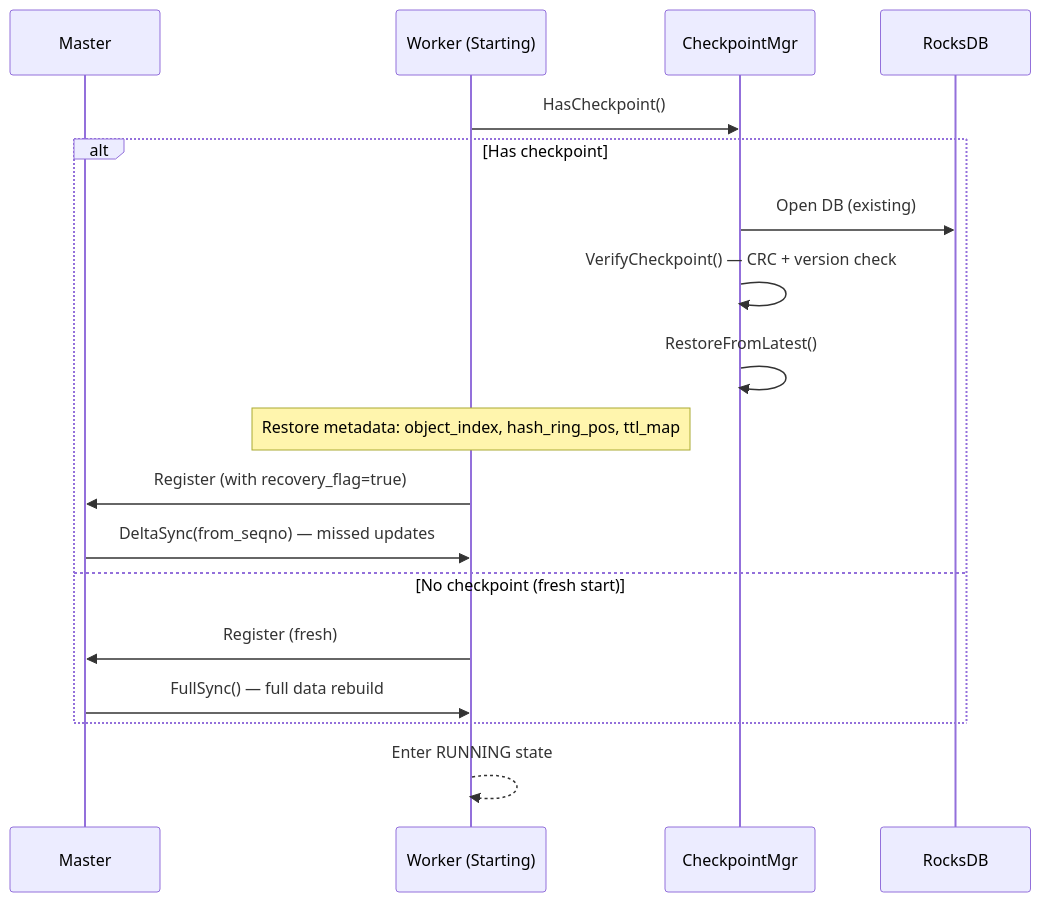
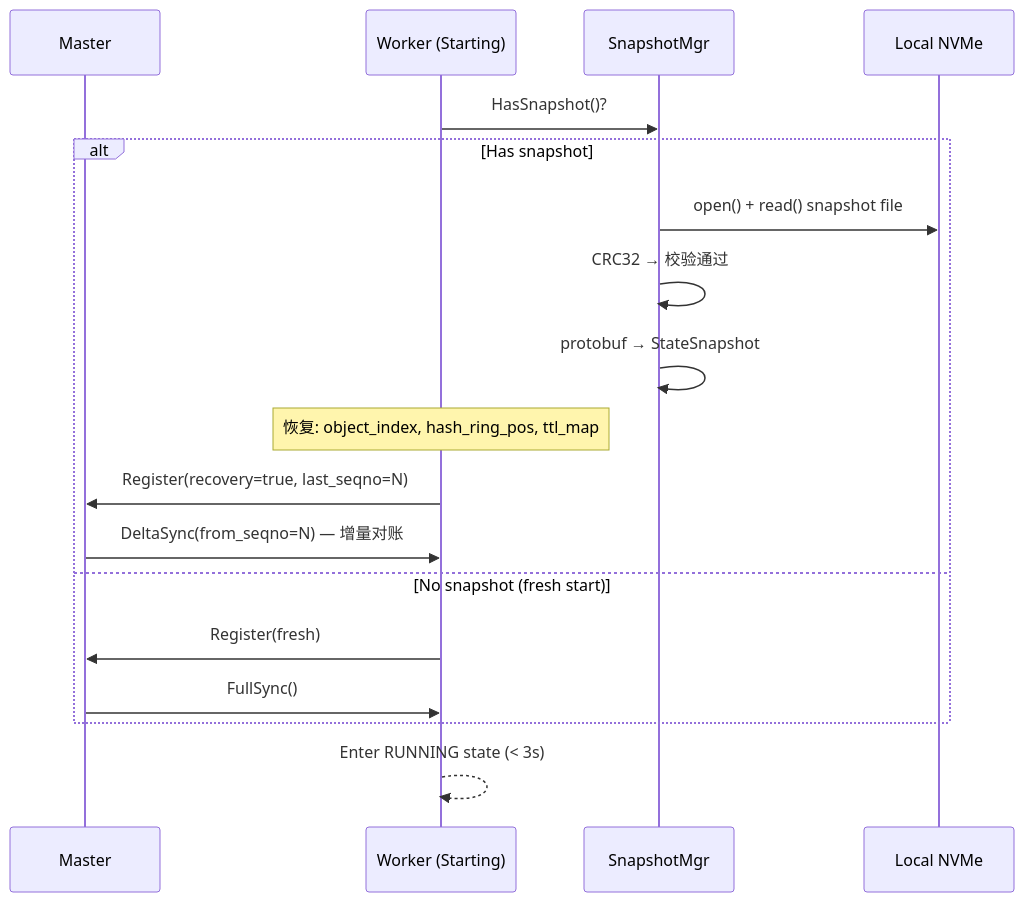
Before and after one commit to CheYulin/yuanrong-datasystem-agent-workbench: the third of 4 diagrams in rfc/2026-05-rolling-upgrade-inplace-recovery/design.md, drawn with Mermaid. The commit also changed other lines of this file, not shown here.

First line of the commit message:
refactor(RFC1): replace RocksDB Checkpoint with direct file snapshot

````diff
--- a/rfc/2026-05-rolling-upgrade-inplace-recovery/design.md
+++ b/rfc/2026-05-rolling-upgrade-inplace-recovery/design.md
@@ -168,21 +210,21 @@
 ```mermaid
 sequenceDiagram
     participant Master
     participant Worker as Worker (Starting)
-    participant CheckpointMgr
-    participant RocksDB
+    participant SnapshotMgr
+    participant NVMe as Local NVMe
     
-    Worker->>CheckpointMgr: HasCheckpoint()
-    alt Has checkpoint
-        CheckpointMgr->>RocksDB: Open DB (existing)
-        CheckpointMgr->>CheckpointMgr: VerifyCheckpoint() — CRC + version check
-        CheckpointMgr->>CheckpointMgr: RestoreFromLatest()
-        Note over Worker: Restore metadata: object_index, hash_ring_pos, ttl_map
-        Worker->>Master: Register (with recovery_flag=true)
-        Master->>Worker: DeltaSync(from_seqno) — missed updates
-    else No checkpoint (fresh start)
-        Worker->>Master: Register (fresh)
-        Master->>Worker: FullSync() — full data rebuild
+    Worker->>SnapshotMgr: HasSnapshot()?
+    alt Has snapshot
+        SnapshotMgr->>NVMe: open() + read() snapshot file
+        SnapshotMgr->>SnapshotMgr: CRC32 → 校验通过
+        SnapshotMgr->>SnapshotMgr: protobuf → StateSnapshot
+        Note over Worker: 恢复: object_index, hash_ring_pos, ttl_map
+        Worker->>Master: Register(recovery=true, last_seqno=N)
+        Master->>Worker: DeltaSync(from_seqno=N) — 增量对账
+    else No snapshot (fresh start)
+        Worker->>Master: Register(fresh)
+        Master->>Worker: FullSync()
     end
-    Worker-->>Worker: Enter RUNNING state
+    Worker-->>Worker: Enter RUNNING state (< 3s)
 ```
````
